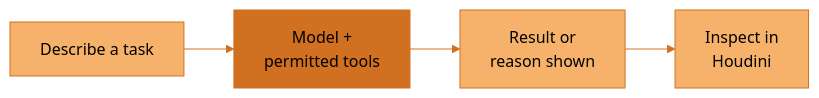
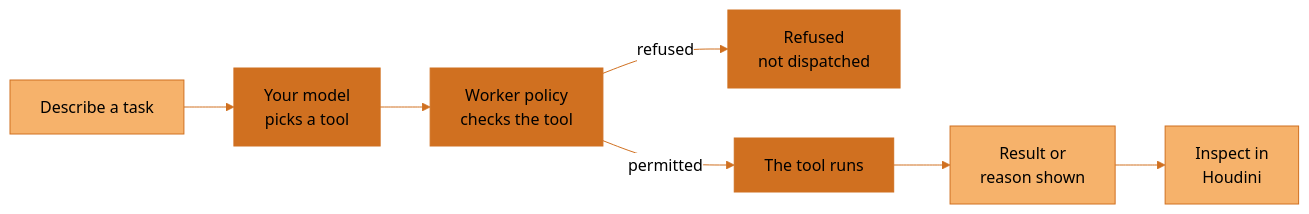
One commit to JosephOIbrahim/Synapse changed the first of 4 diagrams in README.md. Above: the diagram before and after it, drawn with Mermaid (neutral theme). The commit also changed other lines of this file and 10 other files, not shown here.

````diff
--- a/README.md
+++ b/README.md
@@ -55,14 +96,17 @@
 ```mermaid
 flowchart LR
     accTitle: From a prompt to an inspected result
-    accDescr: You describe a task. Your selected model uses permitted tools. SYNAPSE shows the result or a reason it could not run. You inspect the scene.
-    U["Describe a task"] --> M["Model +<br/>permitted tools"]
-    M --> R["Result or<br/>reason shown"]
+    accDescr: You describe a task. Your model picks a tool. The panel worker policy checks that tool before it runs. A permitted tool runs. A refused tool is not dispatched. SYNAPSE shows the result, or the reason it could not run. You inspect the scene in Houdini.
+    U["Describe a task"] --> M["Your model<br/>picks a tool"]
+    M --> P["Worker policy<br/>checks the tool"]
+    P -->|"refused"| X["Refused<br/>not dispatched"]
+    P -->|"permitted"| T["The tool runs"]
+    T --> R["Result or<br/>reason shown"]
     R --> I["Inspect in<br/>Houdini"]
     classDef default fill:#F6B26B,stroke:#D07020,color:#000000
     classDef artist fill:#F6B26B,stroke:#D07020,color:#000000
     classDef synapse fill:#D07020,stroke:#D07020,color:#000000
     class U,I artist
-    class M synapse
+    class M,P,X,T synapse
     linkStyle default stroke:#D07020
 ```
````
